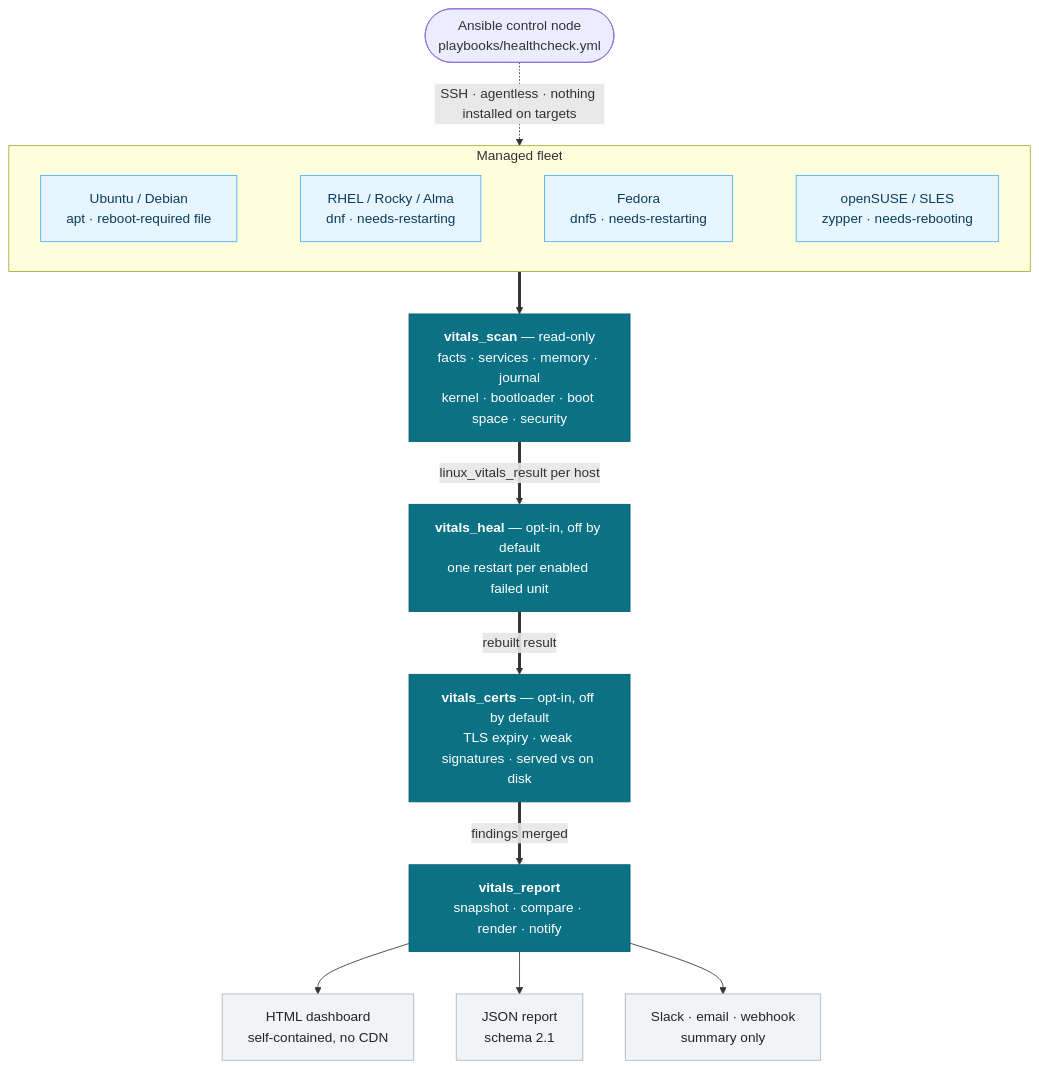
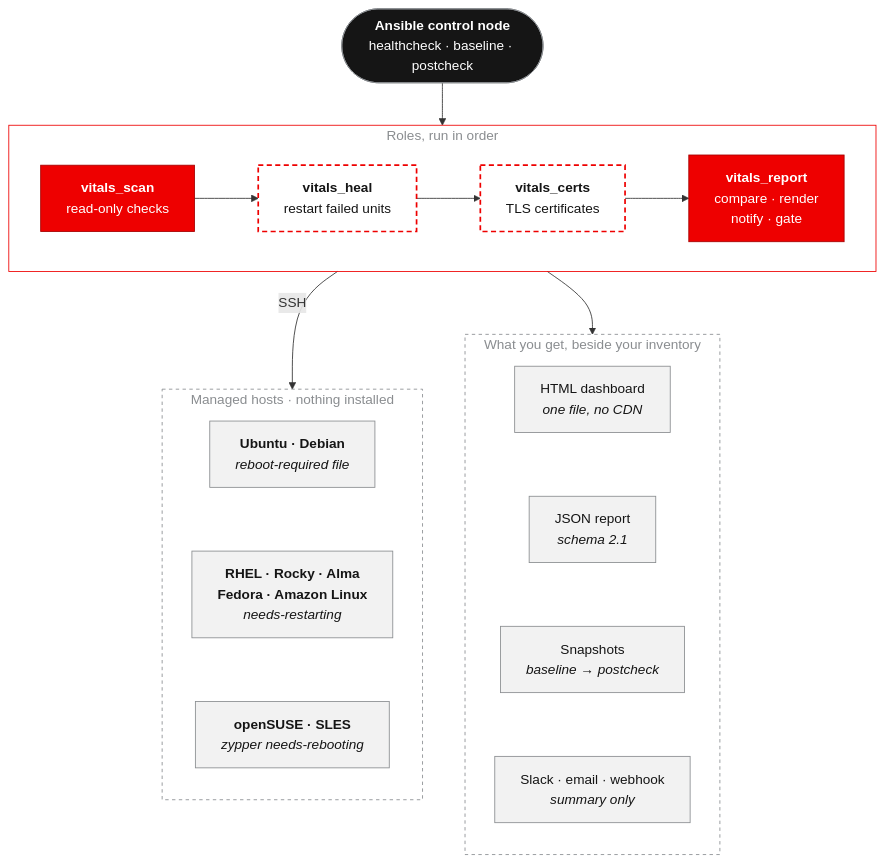
The diagram in README.md (sameeralam3127/linux-vitals), drawn with Mermaid before and after one commit. The commit also changed other lines of this file, not shown here.

Commit message:
docs: redraw the README architecture diagram
The diagram was one tall column: each role box was squeezed to a narrow
width so its text wrapped a word or two per line, its colours clashed
(default purple, yellow fleet, blue hosts, teal roles), and the fleet
showed four distro boxes where six distributions are tested.

Now the control node sits above one row of the four roles, with the
managed hosts and the outputs side by side beneath. Always-on roles are
solid Red Hat red and opt-in roles dashed, matching the site. Hosts are
grouped by the family that decides reboot detection, and the outputs
include the baseline/postcheck snapshots. Labels are short enough not to
wrap, and every node sets its own fill and text colour so it reads in
GitHub's light and dark themes.

````diff
--- a/README.md
+++ b/README.md
@@ -320,37 +321,46 @@
 ```mermaid
 flowchart TB
-    CN(["Ansible control node<br/>playbooks/healthcheck.yml"])
+    CN(["<b>Ansible control node</b><br/>healthcheck · baseline · postcheck"])
 
-    CN -. "SSH · agentless · nothing installed on targets" .-> FLEET
-
-    subgraph FLEET["Managed fleet"]
+    subgraph ROLES["Roles, run in order"]
         direction LR
-        U["Ubuntu / Debian<br/>apt · reboot-required file"]
-        R["RHEL / Rocky / Alma<br/>dnf · needs-restarting"]
-        F["Fedora<br/>dnf5 · needs-restarting"]
-        S["openSUSE / SLES<br/>zypper · needs-rebooting"]
-        U ~~~ R ~~~ F ~~~ S
+        SCAN["<b>vitals_scan</b><br/>read-only checks"]
+        HEAL["<b>vitals_heal</b><br/>restart failed units"]
+        CERTS["<b>vitals_certs</b><br/>TLS certificates"]
+        REPORT["<b>vitals_report</b><br/>compare · render<br/>notify · gate"]
+        SCAN --> HEAL --> CERTS --> REPORT
     end
 
-    FLEET ==> SCAN
+    subgraph FLEET["Managed hosts · nothing installed"]
+        direction TB
+        DEB["<b>Ubuntu · Debian</b><br/><i>reboot-required file</i>"]
+        RH["<b>RHEL · Rocky · Alma</b><br/><b>Fedora · Amazon Linux</b><br/><i>needs-restarting</i>"]
+        SUSE["<b>openSUSE · SLES</b><br/><i>zypper needs-rebooting</i>"]
+        DEB ~~~ RH ~~~ SUSE
+    end
 
-    SCAN["<b>vitals_scan</b> — read-only<br/>facts · services · memory · journal<br/>kernel · bootloader · boot space · security"]
-    HEAL["<b>vitals_heal</b> — opt-in, off by default<br/>one restart per enabled failed unit"]
-    CERTS["<b>vitals_certs</b> — opt-in, off by default<br/>TLS expiry · weak signatures · served vs on disk"]
-    REPORT["<b>vitals_report</b><br/>snapshot · compare · render · notify"]
+    subgraph OUT["What you get, beside your inventory"]
+        direction TB
+        HTML["HTML dashboard<br/><i>one file, no CDN</i>"]
+        JSON["JSON report<br/><i>schema 2.1</i>"]
+        SNAP["Snapshots<br/><i>baseline → postcheck</i>"]
+        MSG["Slack · email · webhook<br/><i>summary only</i>"]
+        HTML ~~~ JSON ~~~ SNAP ~~~ MSG
+    end
 
-    SCAN ==>|"linux_vitals_result per host"| HEAL
-    HEAL ==>|"rebuilt result"| CERTS
-    CERTS ==>|"findings merged"| REPORT
+    CN --> ROLES
+    ROLES -->|"SSH"| FLEET
+    ROLES --> OUT
 
-    REPORT --> HTML["HTML dashboard<br/>self-contained, no CDN"]
-    REPORT --> JSON["JSON report<br/>schema 2.1"]
-    REPORT --> NOTIFY["Slack · email · webhook<br/>summary only"]
-
-    classDef stage fill:#0b7285,stroke:#095c6b,color:#ffffff
-    classDef out fill:#f1f3f5,stroke:#adb5bd,color:#212529
-    classDef host fill:#e7f5ff,stroke:#4dabf7,color:#0b3d5c
-    class SCAN,HEAL,CERTS,REPORT stage
-    class HTML,JSON,NOTIFY out
-    class U,R,F,S host
+    classDef core fill:#ee0000,stroke:#a60000,color:#ffffff
+    classDef optin fill:#ffffff,stroke:#ee0000,stroke-width:2px,stroke-dasharray:6 4,color:#151515
+    classDef item fill:#f2f2f2,stroke:#8a8d90,color:#151515
+    classDef control fill:#151515,stroke:#8a8d90,color:#ffffff
+    class SCAN,REPORT core
+    class HEAL,CERTS optin
+    class DEB,RH,SUSE,HTML,JSON,SNAP,MSG item
+    class CN control
+    style ROLES fill:none,stroke:#ee0000,stroke-width:1px,color:#8a8d90
+    style FLEET fill:none,stroke:#8a8d90,stroke-dasharray:4 4,color:#8a8d90
+    style OUT fill:none,stroke:#8a8d90,stroke-dasharray:4 4,color:#8a8d90
 ```
````
